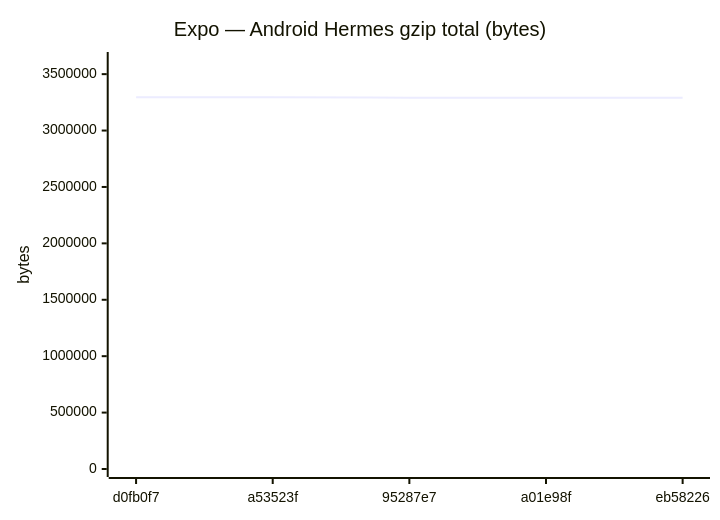
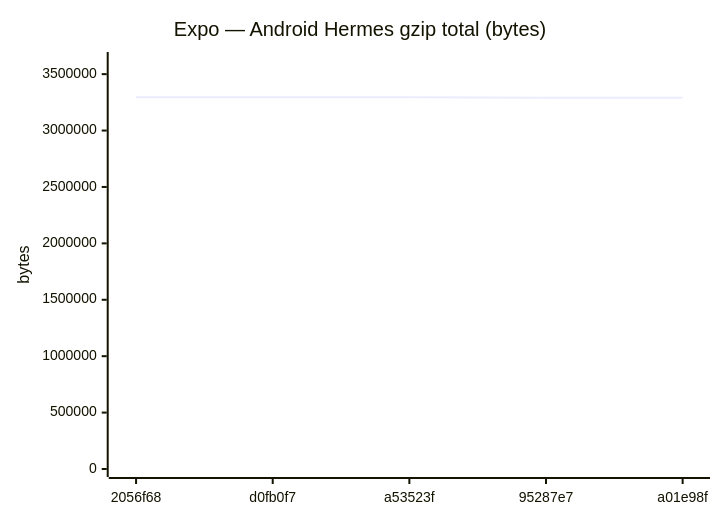
Before and after one commit to Metaheurist/Rianell: diagram 11 of 18 in benchmarks/compare.md, drawn with Mermaid. The commit also changed other lines of this file and 11 other files, not shown here.

````diff
--- a/benchmarks/compare.md
+++ b/benchmarks/compare.md
@@ -172,7 +172,7 @@
 ```mermaid
 xychart-beta
     title "Expo — Android Hermes gzip total (bytes)"
-    x-axis ["d0fb0f7", "a53523f", "95287e7", "a01e98f", "eb58226"]
-    y-axis "bytes" 0 --> 3625334
-    line [3295758, 3295757, 3291461, 3291455, 3291464]
+    x-axis ["2056f68", "d0fb0f7", "a53523f", "95287e7", "a01e98f"]
+    y-axis "bytes" 0 --> 3625338
+    line [3295761, 3295758, 3295757, 3291461, 3291455]
 ```
````
